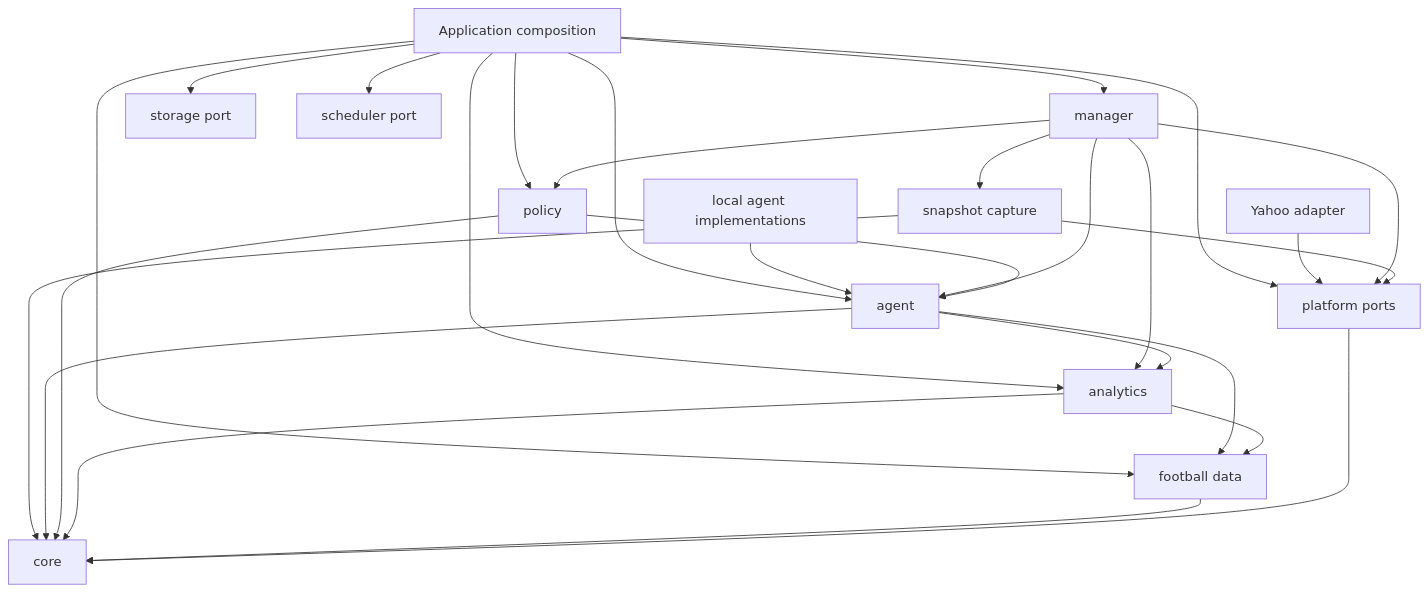
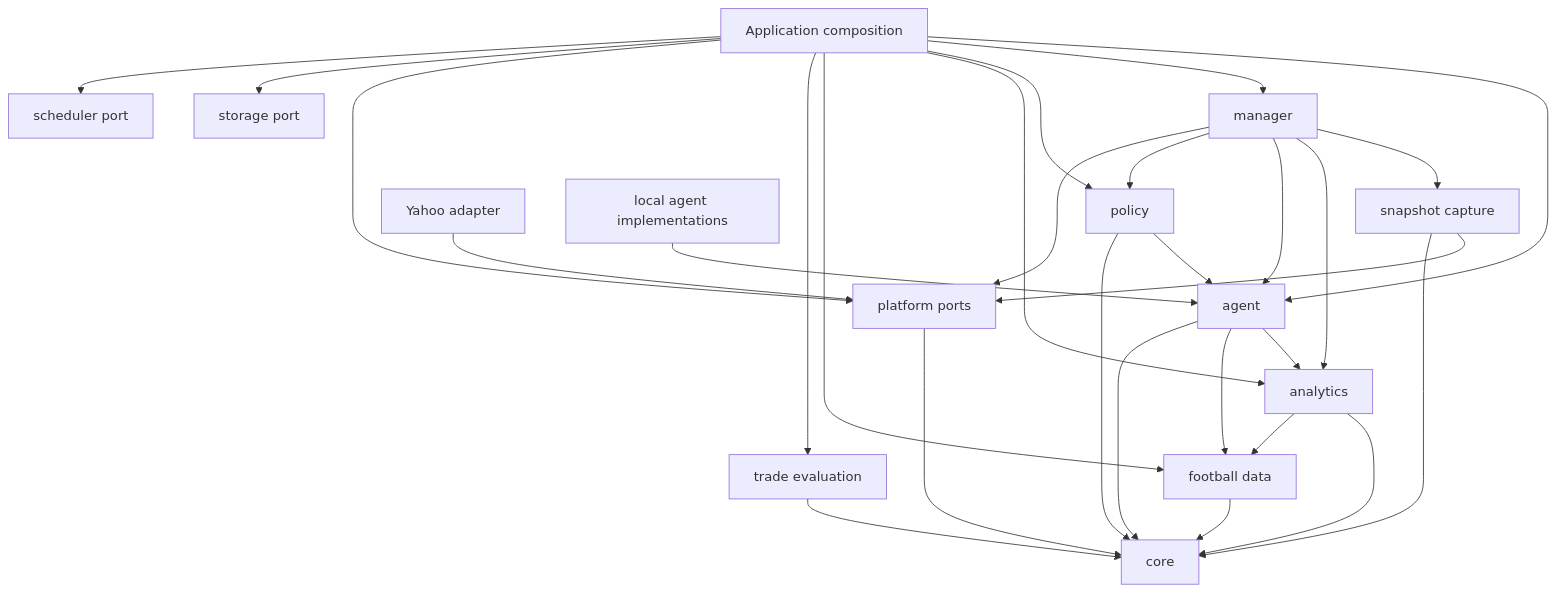
Before and after one commit to spencer-dye/eggbot: the diagram in docs/ARCHITECTURE.md, drawn with Mermaid. The commit also changed other lines of this file and 18 other files, not shown here.

Commit message:
Implement Phase 10 trade evaluation

````diff
--- a/docs/ARCHITECTURE.md
+++ b/docs/ARCHITECTURE.md
@@ -27,29 +28,31 @@
 ```mermaid
 flowchart TD
   CLI[Application composition] --> A[agent]
   CLI --> M[manager]
   CLI --> P[policy]
   CLI --> N[analytics]
   CLI --> F[football data]
+  CLI --> T[trade evaluation]
   CLI --> FP[platform ports]
   CLI --> S[storage port]
   CLI --> J[scheduler port]
   Y[Yahoo adapter] --> FP
   AL[local agent implementations] --> A
   M --> LS
   M --> N
   M --> A
   M --> P
   M --> FP
   LS[snapshot capture] --> FP
   LS --> C
   A --> N
   A --> F
   A --> C[core]
   P --> A
   P --> C
   N --> C
   N --> F
   F --> C
+  T --> C
   FP --> C
 ```
````
